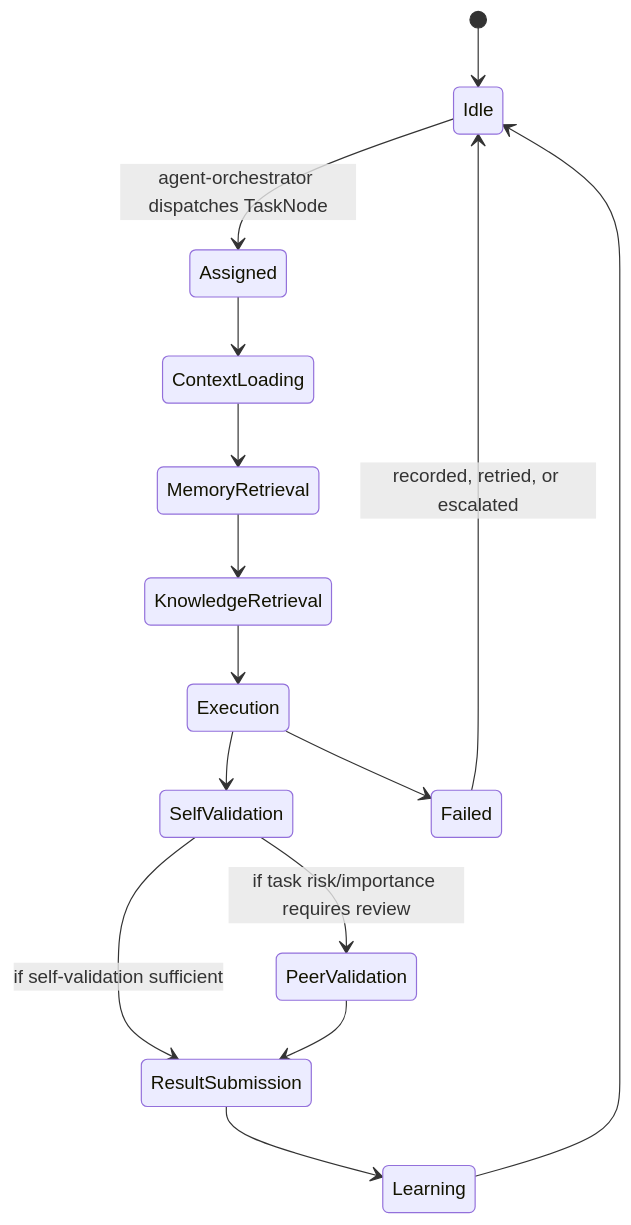
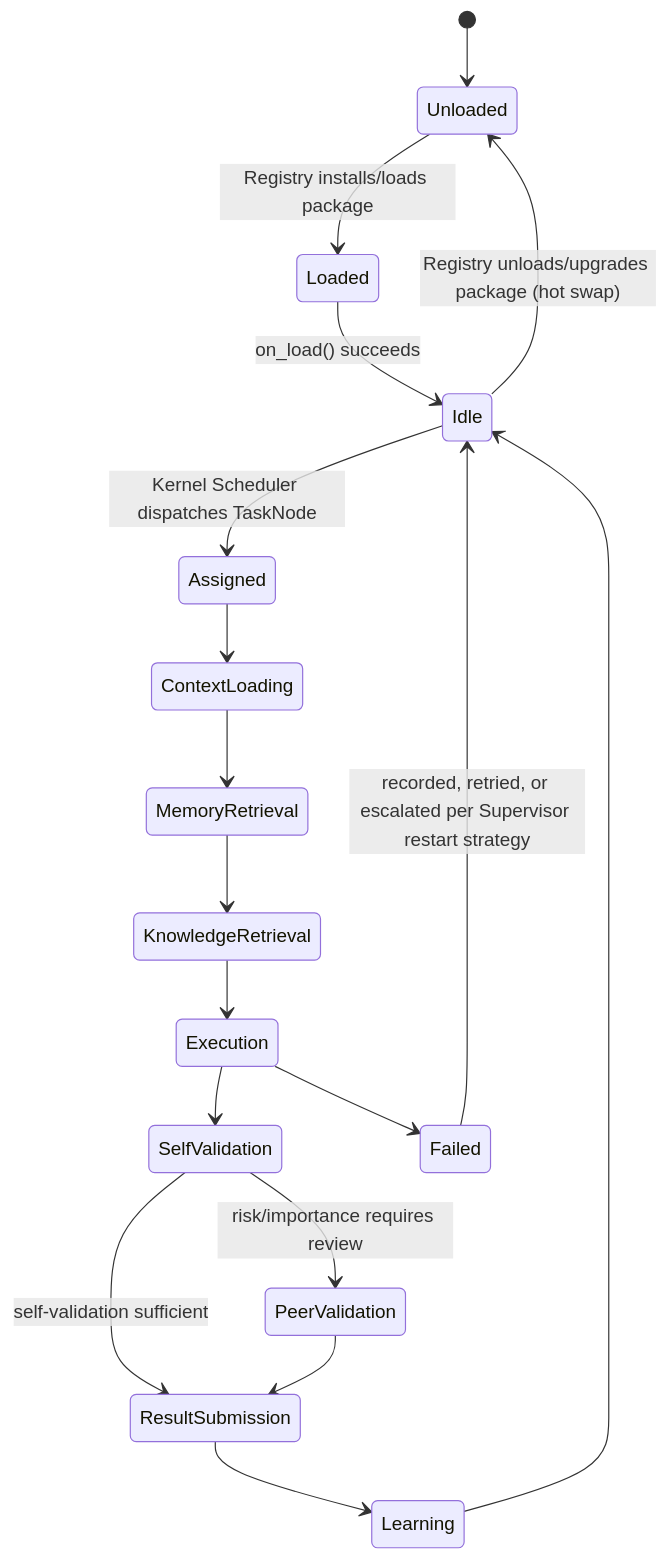
Before and after one commit to Tudor191/NOVA-PROJECT-BIBLE: the first of 3 diagrams in docs/architecture/12-agent-architecture.md, drawn with Mermaid. The commit also changed other lines of this file and 13 other files, not shown here.

First line of the commit message:
Elevate Event Bus, Graph Store, and Agent Orchestrator to explicit abstractions

````diff
--- a/docs/architecture/12-agent-architecture.md
+++ b/docs/architecture/12-agent-architecture.md
@@ -39,17 +161,20 @@
 ```mermaid
 stateDiagram-v2
-    [*] --> Idle
-    Idle --> Assigned: agent-orchestrator dispatches TaskNode
+    [*] --> Unloaded
+    Unloaded --> Loaded: Registry installs/loads package
+    Loaded --> Idle: on_load() succeeds
+    Idle --> Assigned: Kernel Scheduler dispatches TaskNode
     Assigned --> ContextLoading
     ContextLoading --> MemoryRetrieval
     MemoryRetrieval --> KnowledgeRetrieval
     KnowledgeRetrieval --> Execution
     Execution --> SelfValidation
-    SelfValidation --> PeerValidation: if task risk/importance requires review
-    SelfValidation --> ResultSubmission: if self-validation sufficient
+    SelfValidation --> PeerValidation: risk/importance requires review
+    SelfValidation --> ResultSubmission: self-validation sufficient
     PeerValidation --> ResultSubmission
     ResultSubmission --> Learning
     Learning --> Idle
     Execution --> Failed
-    Failed --> Idle: recorded, retried, or escalated
+    Failed --> Idle: recorded, retried, or escalated per Supervisor restart strategy
+    Idle --> Unloaded: Registry unloads/upgrades package (hot swap)
 ```
````
